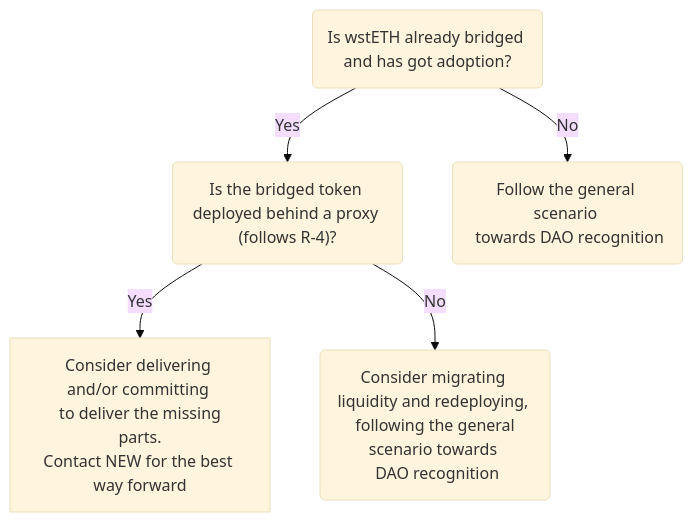
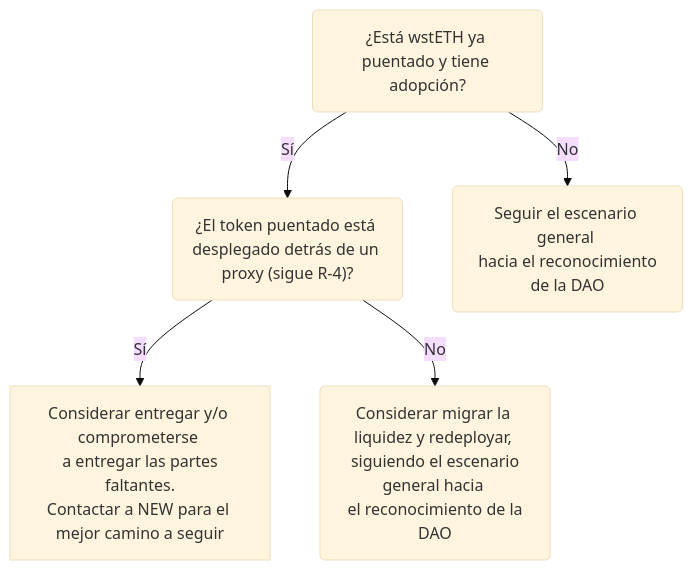
One commit to adminseedlatam/lido-docs-spanish changed the diagram in docs/guías-token/wsteth-bridging-guide.md. Above: the diagram before and after it, drawn with Mermaid (base theme). The commit also changed other lines of this file, not shown here.

````diff
--- a/docs/guías-token/wsteth-bridging-guide.md
+++ b/docs/guías-token/wsteth-bridging-guide.md
@@ -90,13 +91,13 @@
 ```mermaid
 graph TD;
-  A("Is wstETH already bridged and has got adoption?")
-  B("Is the bridged token deployed behind a proxy (follows R-4)?")
-  C("Follow the general scenario <br> towards DAO recognition")
-  D("Consider migrating liquidity and redeploying, <br> following the general scenario towards <br> DAO recognition")
-  F["Consider delivering and/or committing <br> to deliver the missing parts.<br>Contact NEW for the best way forward"]
+  A("¿Está wstETH ya puentado y tiene adopción?")
+  B("¿El token puentado está desplegado detrás de un proxy (sigue R-4)?")
+  C("Seguir el escenario general <br> hacia el reconocimiento de la DAO")
+  D("Considerar migrar la liquidez y redeployar, <br> siguiendo el escenario general hacia <br> el reconocimiento de la DAO")
+  F["Considerar entregar y/o comprometerse <br> a entregar las partes faltantes.<br>Contactar a NEW para el mejor camino a seguir"]
 
-  A-- Yes -->B
-  B-- Yes -->F
+  A-- Sí -->B
+  B-- Sí -->F
   A-- No -->C
   B-- No -->D
 ```
````
